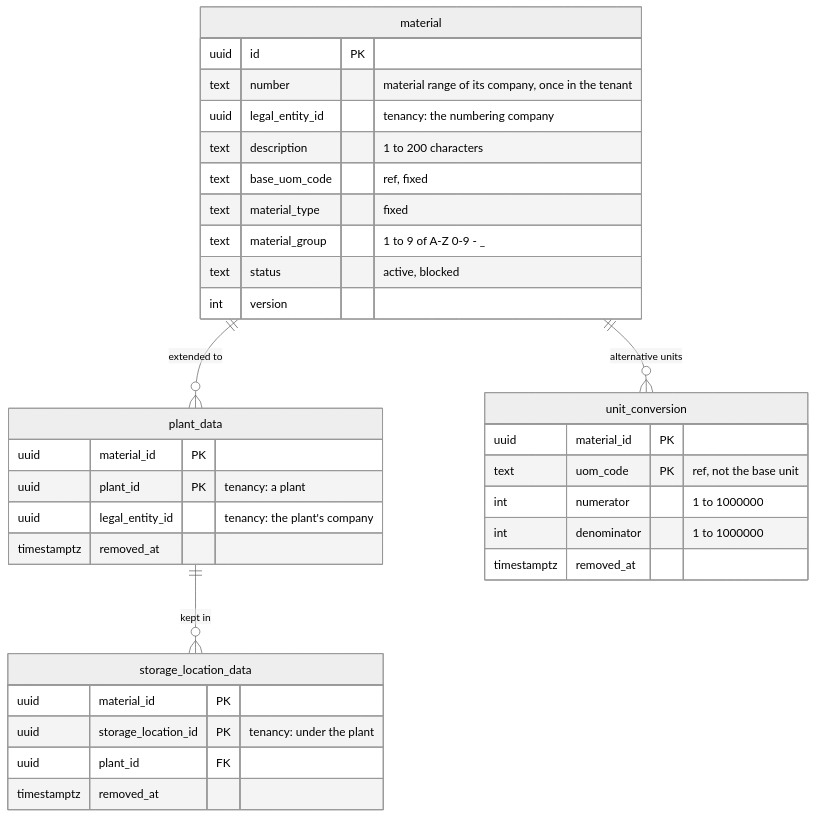
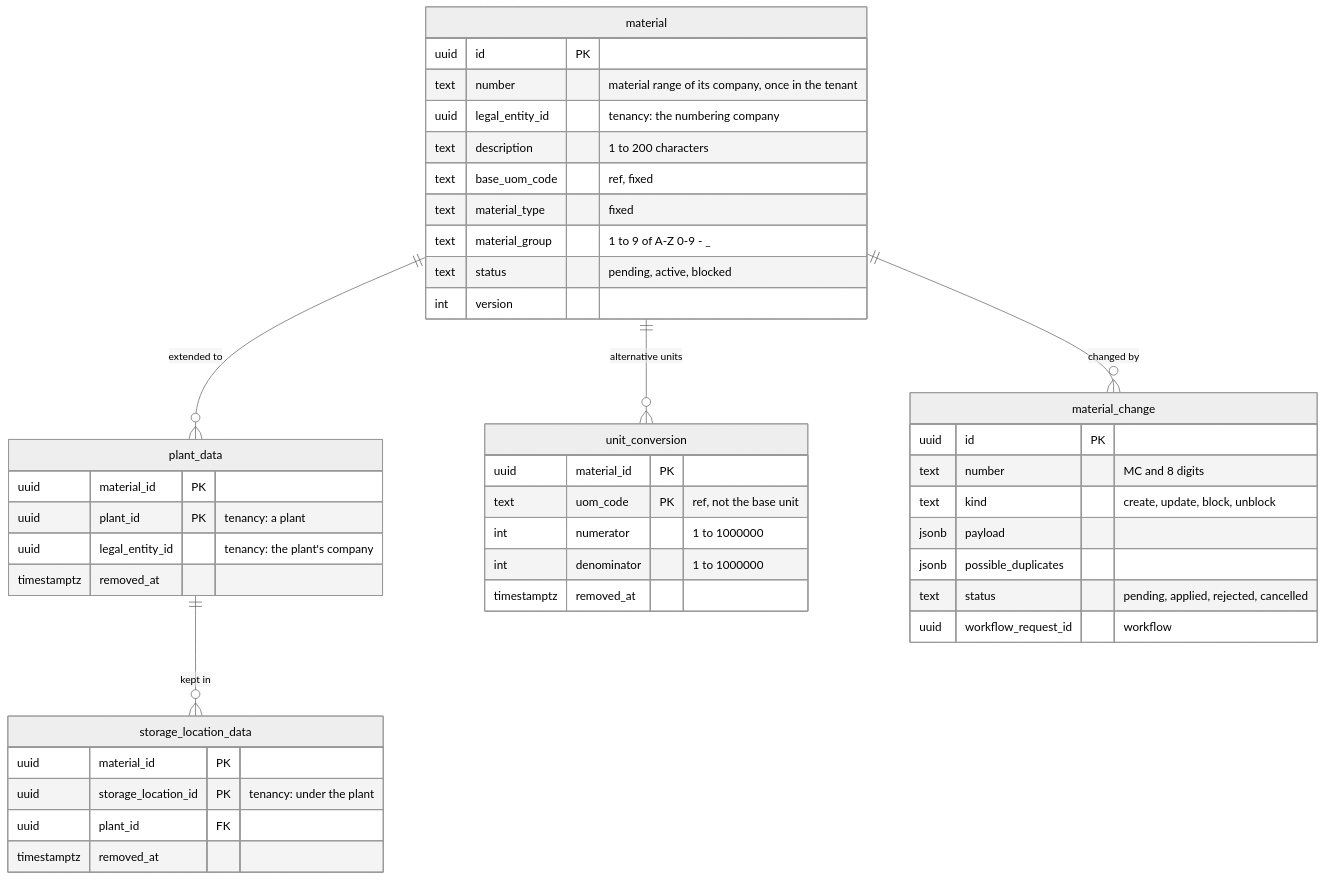
One commit to mustie7iy/agentic-erp changed diagram 21 of 21 in docs/design/03-data-model.md. Above: the diagram before and after it, drawn with Mermaid (neutral theme). The commit also changed other lines of this file and 54 other files, not shown here.

````diff
--- a/docs/design/03-data-model.md
+++ b/docs/design/03-data-model.md
@@ -6000,28 +6000,36 @@
 ```mermaid
 erDiagram
   material ||--o{ plant_data : "extended to"
   plant_data ||--o{ storage_location_data : "kept in"
   material ||--o{ unit_conversion : "alternative units"
   material { uuid id PK
     text number "material range of its company, once in the tenant"
     uuid legal_entity_id "tenancy: the numbering company"
     text description "1 to 200 characters"
     text base_uom_code "ref, fixed"
     text material_type "fixed"
     text material_group "1 to 9 of A-Z 0-9 - _"
-    text status "active, blocked"
+    text status "pending, active, blocked"
     int version }
+  material ||--o{ material_change : "changed by"
+  material_change { uuid id PK
+    text number "MC and 8 digits"
+    text kind "create, update, block, unblock"
+    jsonb payload
+    jsonb possible_duplicates
+    text status "pending, applied, rejected, cancelled"
+    uuid workflow_request_id "workflow" }
   plant_data { uuid material_id PK
     uuid plant_id PK "tenancy: a plant"
     uuid legal_entity_id "tenancy: the plant's company"
     timestamptz removed_at }
   storage_location_data { uuid material_id PK
     uuid storage_location_id PK "tenancy: under the plant"
     uuid plant_id FK
     timestamptz removed_at }
   unit_conversion { uuid material_id PK
     text uom_code PK "ref, not the base unit"
     int numerator "1 to 1000000"
     int denominator "1 to 1000000"
     timestamptz removed_at }
 ```
````
